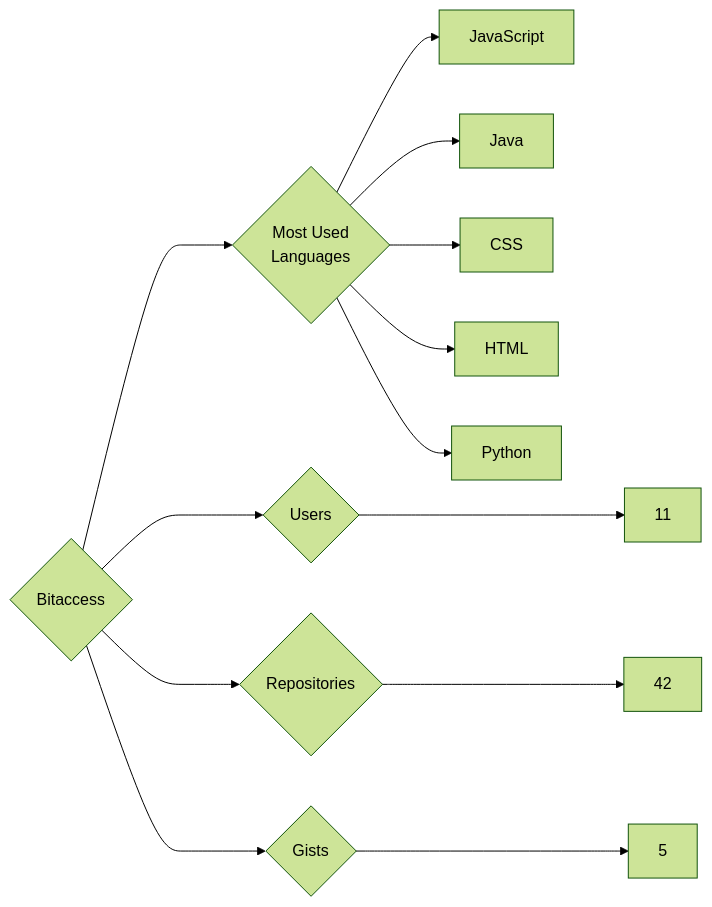
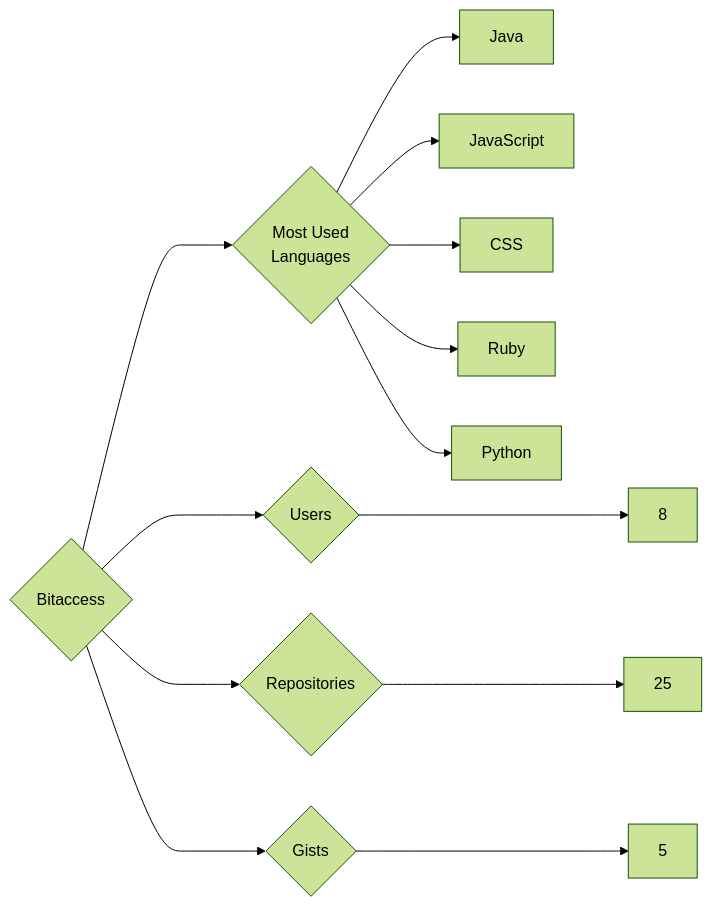
The diagram in targets/Bitaccess/README.md (trickest/insiders), drawn with Mermaid (forest theme) before and after one commit. The commit also changed 1088 other files, not shown here.

````diff
--- a/targets/Bitaccess/README.md
+++ b/targets/Bitaccess/README.md
@@ -3,13 +3,13 @@
 ```mermaid
 graph LR
 COMPANY_NAME{Bitaccess}
-COMPANY_NAME ---> U{Users} ---> UN[11]
-COMPANY_NAME ---> R{Repositories} ---> RN[42]
+COMPANY_NAME ---> U{Users} ---> UN[8]
+COMPANY_NAME ---> R{Repositories} ---> RN[25]
 COMPANY_NAME ---> G{Gists} ---> GN[5]
 COMPANY_NAME ---> ML{Most Used<br>Languages}
+ML --> Java[Java]
 ML --> JavaScript[JavaScript]
-ML --> Java[Java]
 ML --> CSS[CSS]
-ML --> HTML[HTML]
+ML --> Ruby[Ruby]
 ML --> Python[Python]
 ```
````
